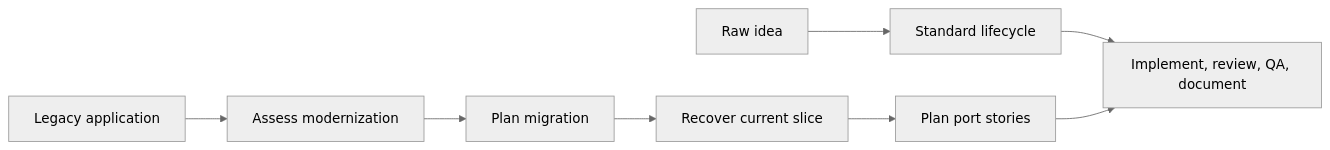
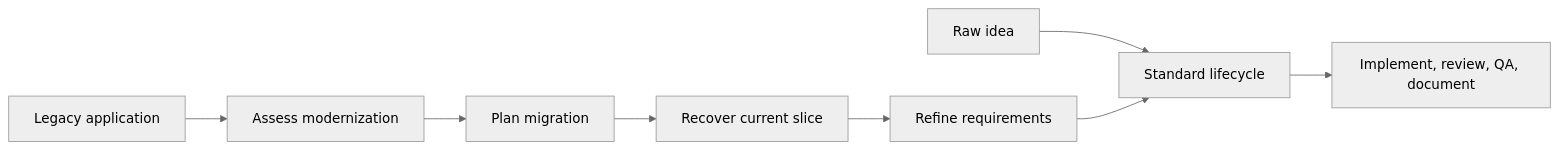
Before and after one commit to PhilipTeitel/Artifact-Driven-Development: the first of 2 diagrams in README.md, drawn with Mermaid (neutral theme). The commit also changed other lines of this file and 48 other files, not shown here.

````diff
--- a/README.md
+++ b/README.md
@@ -90,10 +90,10 @@
 ```mermaid
 flowchart LR
     idea["Raw idea"] --> standardLifecycle["Standard lifecycle"]
     legacy["Legacy application"] --> assess["Assess modernization"]
     assess --> planMigration["Plan migration"]
     planMigration --> recover["Recover current slice"]
-    recover --> portStories["Plan port stories"]
+    recover --> refine["Refine requirements"]
+    refine --> standardLifecycle
     standardLifecycle --> delivery["Implement, review, QA, document"]
-    portStories --> delivery
 ```
````
